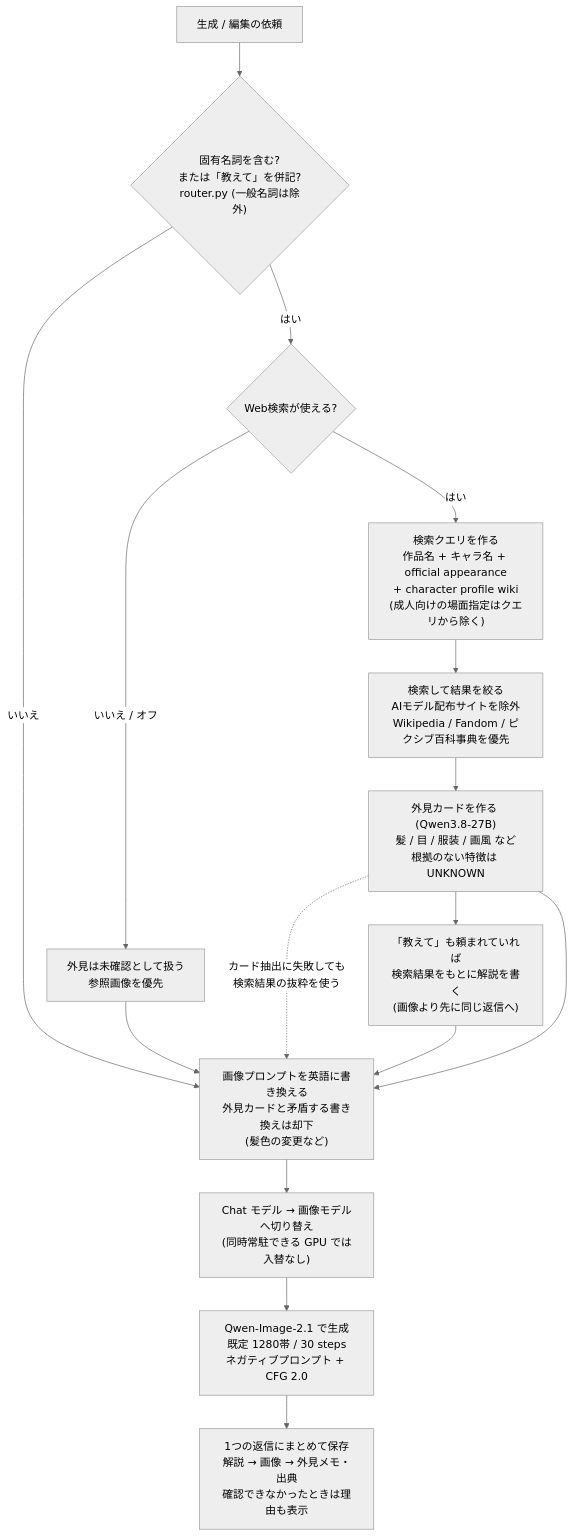
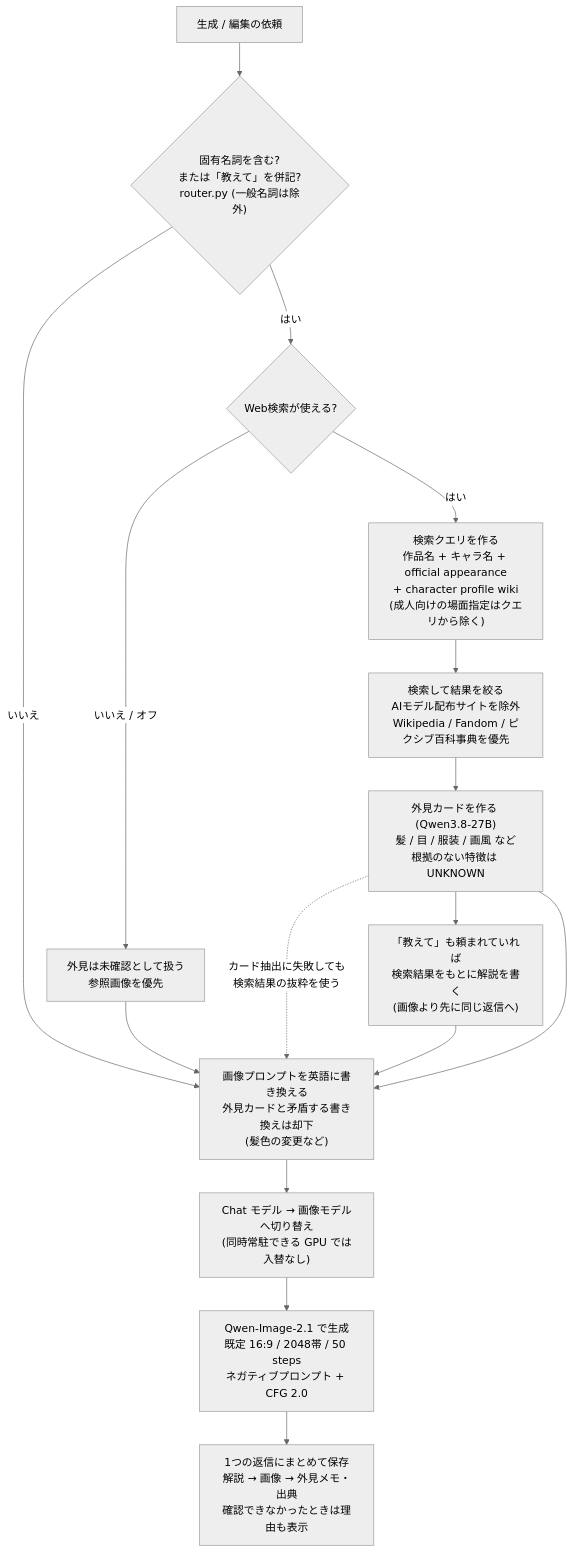
Before and after one commit to moruku36/qwen-multimodal: the third of 7 diagrams in docs/architecture.md, drawn with Mermaid (neutral theme). The commit also changed 2 other files, not shown here.

Commit message:
feat: default image settings to 16:9 / 2048 band / 50 steps
Claude-Session: https://claude.ai/code/session_014SGkibzAJeJYSAdpms3VEB

````diff
--- a/docs/architecture.md
+++ b/docs/architecture.md
@@ -95,18 +95,18 @@
 ```mermaid
 flowchart TD
     A["生成 / 編集の依頼"] --> B{"固有名詞を含む?<br/>または「教えて」を併記?<br/>router.py (一般名詞は除外)"}
     B -- "いいえ" --> P
     B -- "はい" --> C{"Web検索が使える?"}
     C -- "いいえ / オフ" --> U["外見は未確認として扱う<br/>参照画像を優先"]
     U --> P
     C -- "はい" --> Q["検索クエリを作る<br/>作品名 + キャラ名 + official appearance<br/>+ character profile wiki<br/>(成人向けの場面指定はクエリから除く)"]
     Q --> S["検索して結果を絞る<br/>AIモデル配布サイトを除外<br/>Wikipedia / Fandom / ピクシブ百科事典を優先"]
     S --> CARD["外見カードを作る (Qwen3.8-27B)<br/>髪 / 目 / 服装 / 画風 など<br/>根拠のない特徴は UNKNOWN"]
     CARD -. "カード抽出に失敗しても<br/>検索結果の抜粋を使う" .-> P
     CARD --> ANS["「教えて」も頼まれていれば<br/>検索結果をもとに解説を書く<br/>(画像より先に同じ返信へ)"]
     ANS --> P
     CARD --> P["画像プロンプトを英語に書き換える<br/>外見カードと矛盾する書き換えは却下<br/>(髪色の変更など)"]
     P --> SW["Chat モデル → 画像モデルへ切り替え<br/>(同時常駐できる GPU では入替なし)"]
-    SW --> IMG["Qwen-Image-2.1 で生成<br/>既定 1280帯 / 30 steps<br/>ネガティブプロンプト + CFG 2.0"]
+    SW --> IMG["Qwen-Image-2.1 で生成<br/>既定 16:9 / 2048帯 / 50 steps<br/>ネガティブプロンプト + CFG 2.0"]
     IMG --> SV["1つの返信にまとめて保存<br/>解説 → 画像 → 外見メモ・出典<br/>確認できなかったときは理由も表示"]
 ```
````
